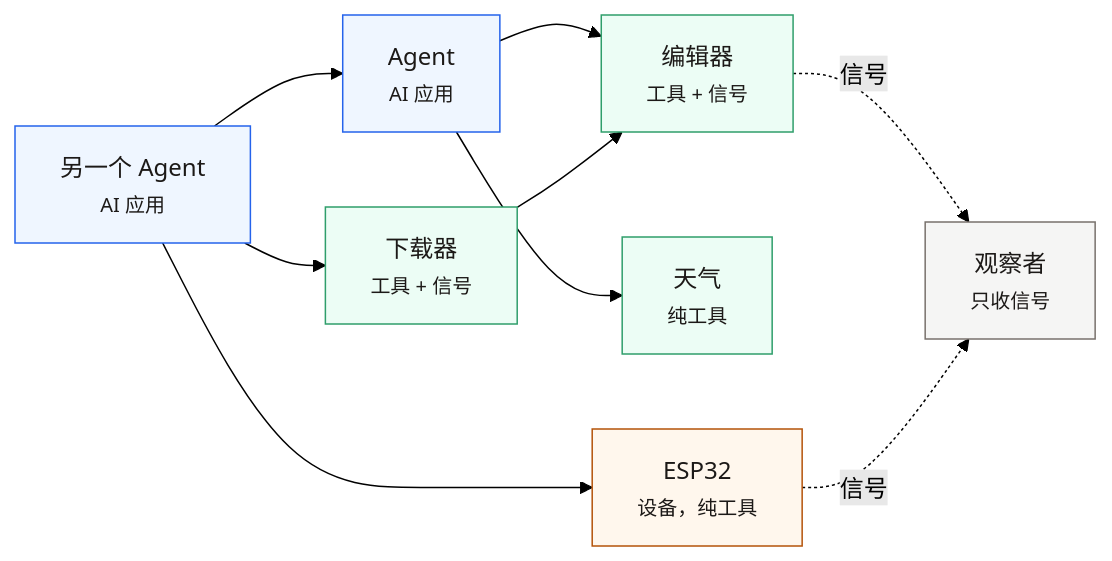
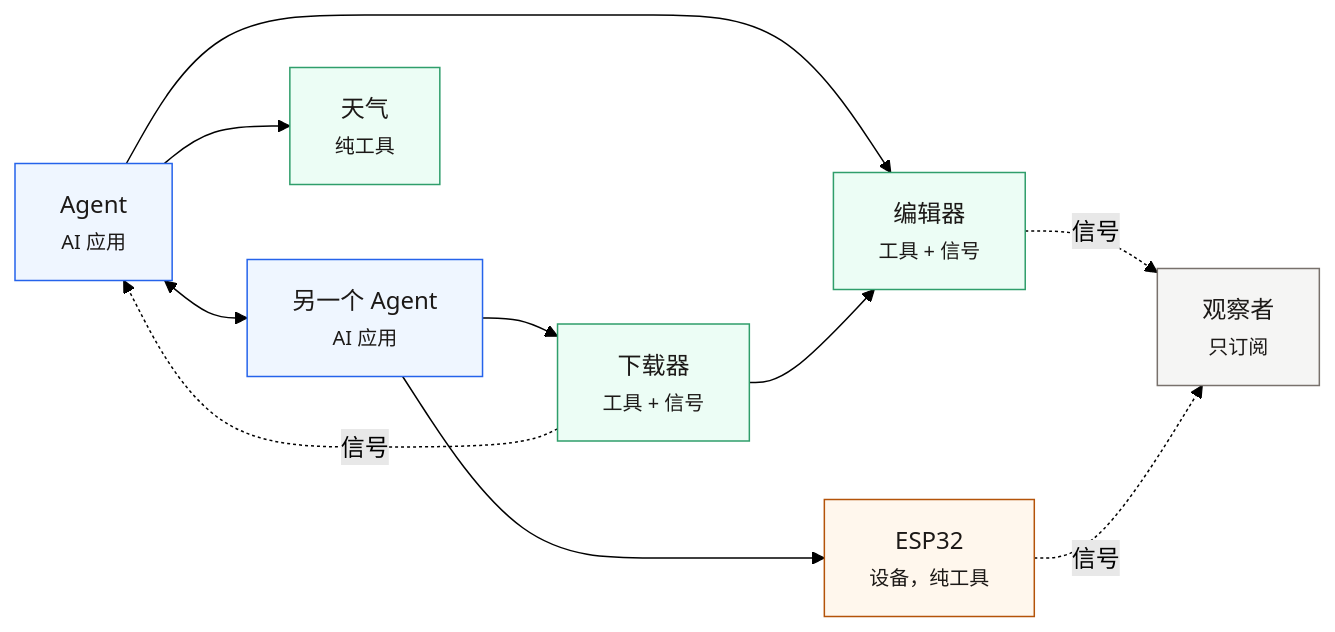
One commit to ModelSensingProtocol/msp-site changed the diagram in docs-site/i18n/zh/docusaurus-plugin-content-docs/version-2026-10-10/architecture.md. Above: the diagram before and after it, drawn with Mermaid (forest theme). The commit also changed other lines of this file and 7 other files, not shown here.

````diff
--- a/docs-site/i18n/zh/docusaurus-plugin-content-docs/version-2026-10-10/architecture.md
+++ b/docs-site/i18n/zh/docusaurus-plugin-content-docs/version-2026-10-10/architecture.md
@@ -3,30 +3,31 @@
 ```mermaid
 flowchart LR
   A1["Agent<br/><small>AI 应用</small>"]
   A2["另一个 Agent<br/><small>AI 应用</small>"]
   ED["编辑器<br/><small>工具 + 信号</small>"]
   DL["下载器<br/><small>工具 + 信号</small>"]
   W["天气<br/><small>纯工具</small>"]
   ES["ESP32<br/><small>设备，纯工具</small>"]
-  OB["观察者<br/><small>只收信号</small>"]
+  OB["观察者<br/><small>只订阅</small>"]
 
+  A1 <--> A2
   A1 --> ED
   A1 --> W
   A2 --> DL
   A2 --> ES
-  A2 --> A1
   DL --> ED
 
+  DL -. 信号 .-> A1
   ED -. 信号 .-> OB
   ES -. 信号 .-> OB
 
   classDef ai fill:#eff6ff,stroke:#2563eb,color:#1c1917
   classDef tool fill:#ecfdf5,stroke:#2f9e6b,color:#1c1917
   classDef dev fill:#fff7ed,stroke:#b45309,color:#1c1917
   classDef obs fill:#f5f5f4,stroke:#78716c,color:#1c1917
 
   class A1,A2 ai
   class ED,DL,W tool
   class ES dev
   class OB obs
 ```
````
